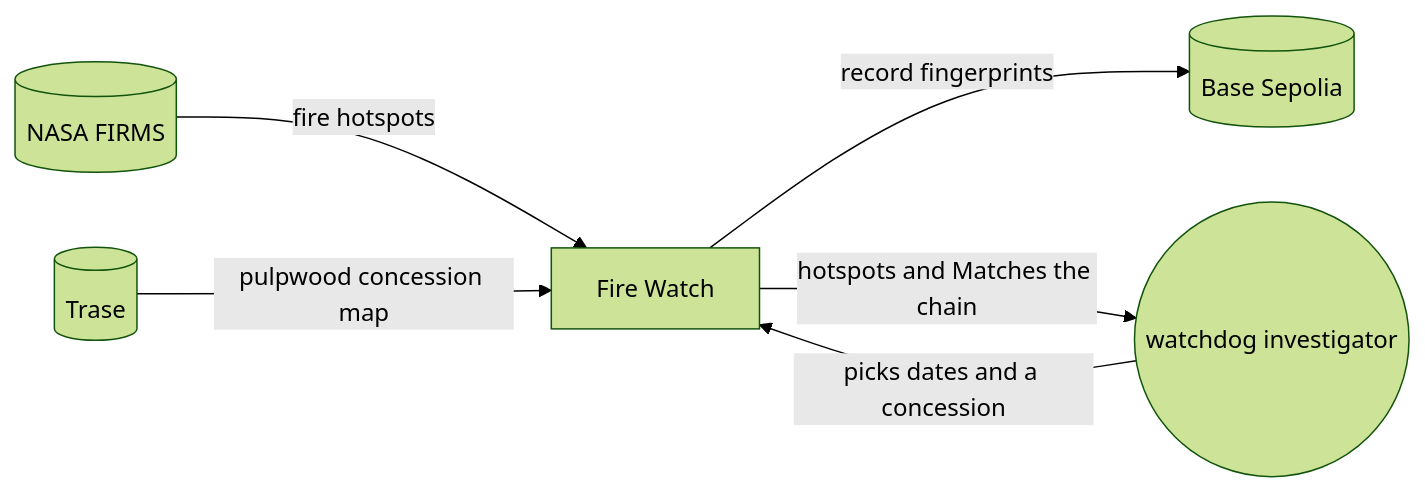
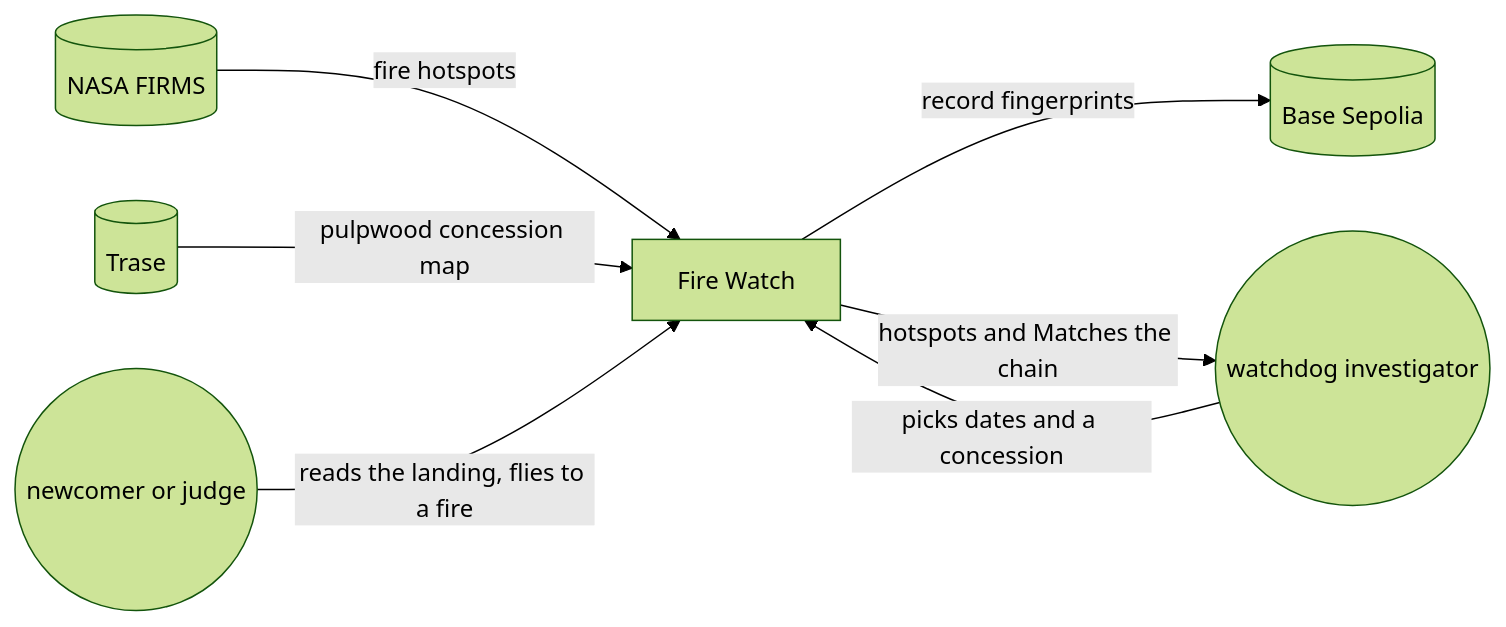
Before and after one commit to dzaffren/fire-watch: the first of 2 diagrams in docs/ARCHITECTURE.md, drawn with Mermaid (forest theme). The commit also changed other lines of this file and 2 other files, not shown here.

First line of the commit message:
docs: add the landing, the tool's link and globe-day

````diff
--- a/docs/ARCHITECTURE.md
+++ b/docs/ARCHITECTURE.md
@@ -7,8 +7,9 @@
 ```mermaid
 flowchart LR
     F[(NASA FIRMS)] -- "fire hotspots" --> P[Fire Watch]
     T[(Trase)] -- "pulpwood concession map" --> P
     P -- "record fingerprints" --> C[(Base Sepolia)]
     U((watchdog investigator)) -- "picks dates and a concession" --> P
     P -- "hotspots and Matches the chain" --> U
+    N((newcomer or judge)) -- "reads the landing, flies to a fire" --> P
 ```
````
